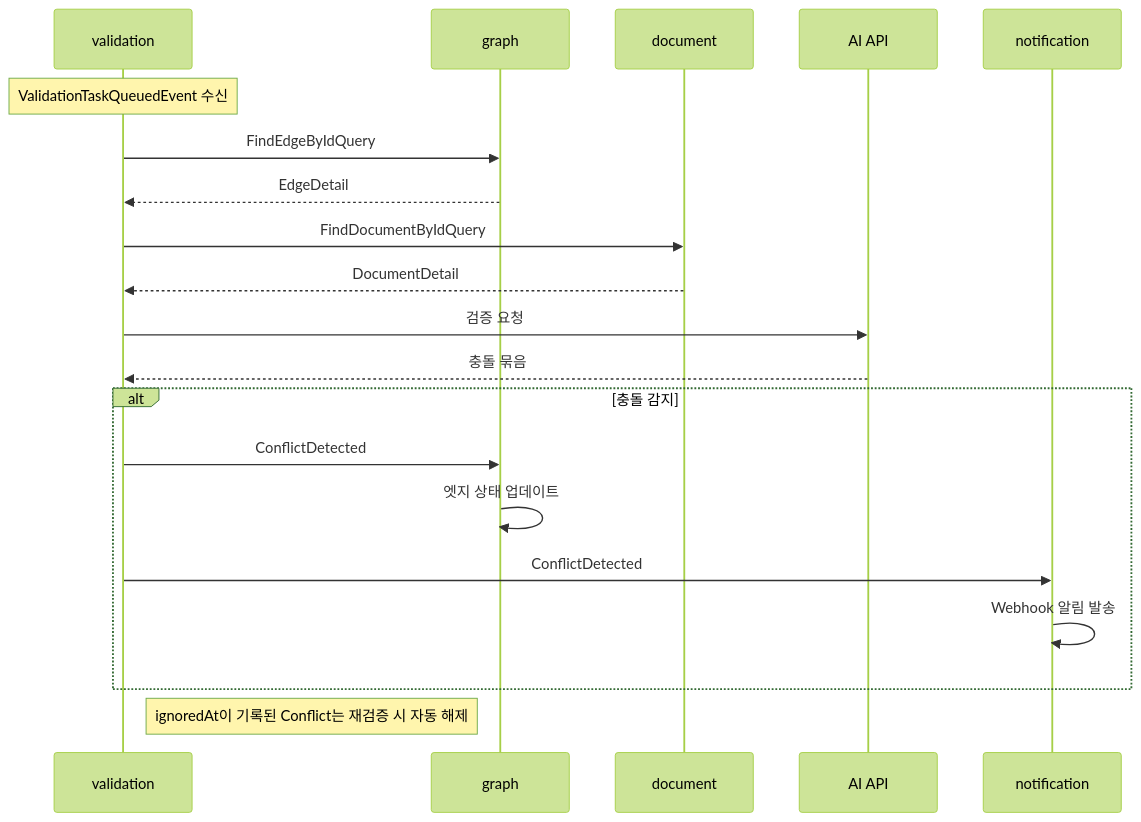
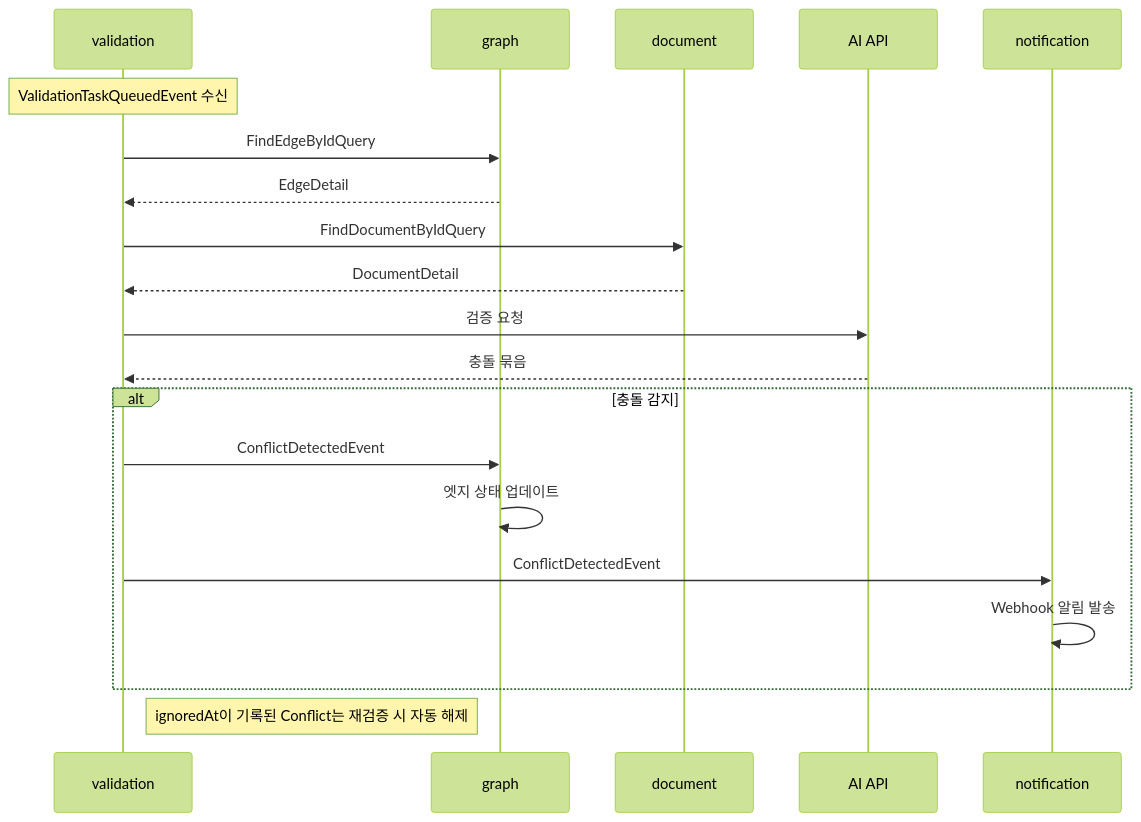
Before and after one commit to KHU-Cloud-2026-H/doc-graph: the third of 3 diagrams in docs/domains.md, drawn with Mermaid (forest theme). The commit also changed other lines of this file, not shown here.

````diff
--- a/docs/domains.md
+++ b/docs/domains.md
@@ -81,23 +79,23 @@
 ```mermaid
 sequenceDiagram
     participant validation
     participant graph
     participant document
     participant AI as AI API
     participant notification
 
     Note over validation: ValidationTaskQueuedEvent 수신
     validation->>graph: FindEdgeByIdQuery
     graph-->>validation: EdgeDetail
     validation->>document: FindDocumentByIdQuery
     document-->>validation: DocumentDetail
     validation->>AI: 검증 요청
     AI-->>validation: 충돌 묶음
     alt 충돌 감지
-        validation->>graph: ConflictDetected
+        validation->>graph: ConflictDetectedEvent
         graph->>graph: 엣지 상태 업데이트
-        validation->>notification: ConflictDetected
+        validation->>notification: ConflictDetectedEvent
         notification->>notification: Webhook 알림 발송
     end
     Note right of validation: ignoredAt이 기록된 Conflict는 재검증 시 자동 해제
 ```
````
